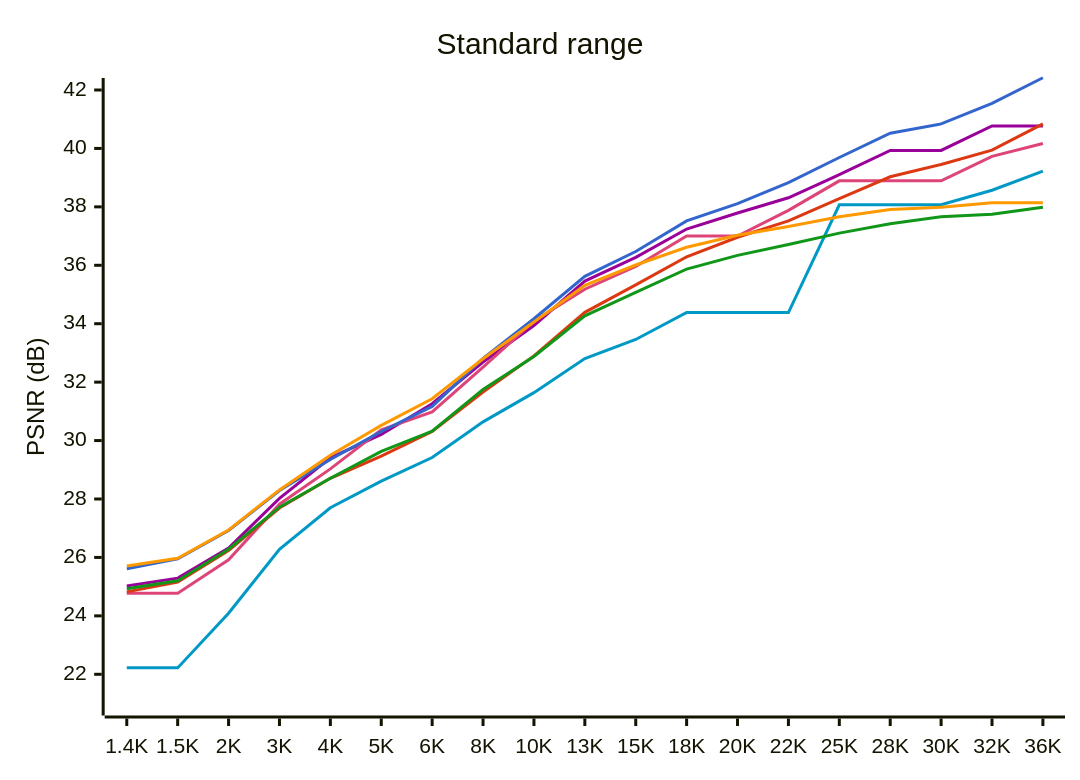
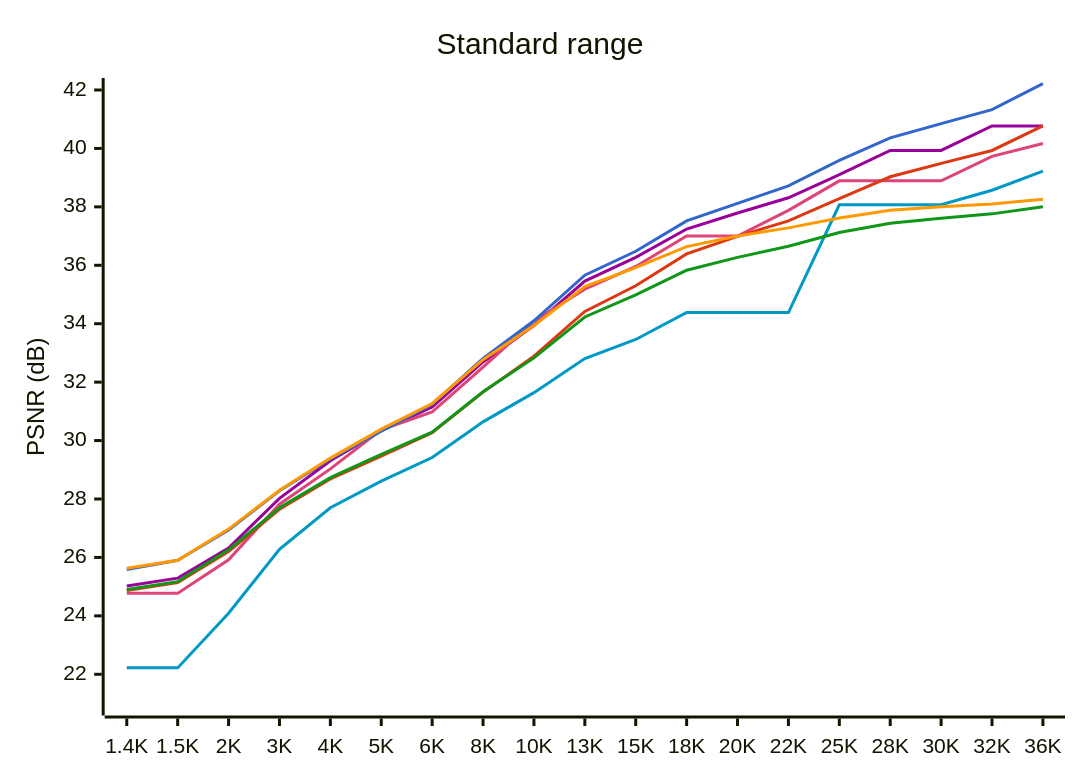
One commit to lieff/miniwtpc changed the second of 2 diagrams in results.md. Above: the diagram before and after it, drawn with Mermaid. The commit also changed other lines of this file and 40 other files, not shown here.

````diff
--- a/results.md
+++ b/results.md
@@ -28,14 +28,14 @@
 ```mermaid
 %%{init: {"themeVariables": {"xyChart": {"plotColorPalette": "#0099c6, #990099, #dd4477, #3366cc, #dc3912, #ff9900, #109618"}}}}%%
 xychart-beta
     title "Standard range"
     y-axis "PSNR (dB)" 21 --> 42
     x-axis ["1.4K", "1.5K", "2K", "3K", "4K", "5K", "6K", "8K", "10K", "13K", "15K", "18K", "20K", "22K", "25K", "28K", "30K", "32K", "36K"]
     line "JPEG" [22.22, 22.22, 24.09, 26.28, 27.70, 28.61, 29.42, 30.64, 31.64, 32.81, 33.46, 34.38, 34.38, 34.38, 38.07, 38.07, 38.07, 38.57, 39.22]
-    line "JPEG2000" [25.02, 25.29, 26.32, 28.02, 29.41, 30.21, 31.26, 32.69, 33.94, 35.46, 36.27, 37.24, 37.79, 38.31, 39.10, 39.93, 39.93, 40.77, 40.77]
+    line "JPEG2000" [25.02, 25.29, 26.32, 28.02, 29.31, 30.34, 31.15, 32.69, 33.94, 35.46, 36.27, 37.24, 37.79, 38.31, 39.10, 39.93, 39.93, 40.77, 40.77]
     line "JPEGXL" [24.77, 24.77, 25.92, 27.82, 29.03, 30.37, 30.98, 32.51, 34.09, 35.18, 35.96, 37.00, 37.00, 37.88, 38.89, 38.89, 38.89, 39.73, 40.17]
-    line "WTPC EBC" [25.61, 25.95, 26.92, 28.29, 29.35, 30.31, 31.17, 32.81, 34.17, 35.62, 36.47, 37.52, 38.11, 38.83, 39.69, 40.52, 40.84, 41.54, 42.42]
-    line "WTPC Huff" [24.82, 25.16, 26.24, 27.69, 28.71, 29.47, 30.31, 31.66, 32.90, 34.39, 35.33, 36.29, 36.96, 37.52, 38.28, 39.03, 39.45, 39.94, 40.84]
-    line "W420 EBC" [25.71, 25.97, 26.94, 28.31, 29.50, 30.52, 31.43, 32.80, 34.06, 35.31, 36.01, 36.62, 37.03, 37.33, 37.66, 37.91, 37.99, 38.14, 38.14]
-    line "W420 Huff" [24.93, 25.20, 26.28, 27.72, 28.71, 29.63, 30.32, 31.75, 32.88, 34.27, 35.07, 35.87, 36.34, 36.71, 37.10, 37.42, 37.66, 37.75, 37.99]
+    line "WTPC EBC" [25.59, 25.90, 26.94, 28.28, 29.37, 30.32, 31.24, 32.81, 34.10, 35.66, 36.48, 37.52, 38.12, 38.72, 39.59, 40.36, 40.85, 41.33, 42.22]
+    line "WTPC Huff" [24.87, 25.14, 26.20, 27.65, 28.69, 29.47, 30.27, 31.66, 32.89, 34.42, 35.30, 36.39, 36.99, 37.52, 38.28, 39.03, 39.49, 39.93, 40.77]
+    line "W420 EBC" [25.63, 25.90, 26.97, 28.30, 29.40, 30.39, 31.27, 32.77, 33.94, 35.27, 35.92, 36.64, 37.00, 37.28, 37.62, 37.88, 38.00, 38.10, 38.26]
+    line "W420 Huff" [24.90, 25.17, 26.26, 27.70, 28.73, 29.53, 30.29, 31.67, 32.83, 34.23, 34.99, 35.83, 36.27, 36.65, 37.12, 37.44, 37.61, 37.76, 38.00]
 ```
````
